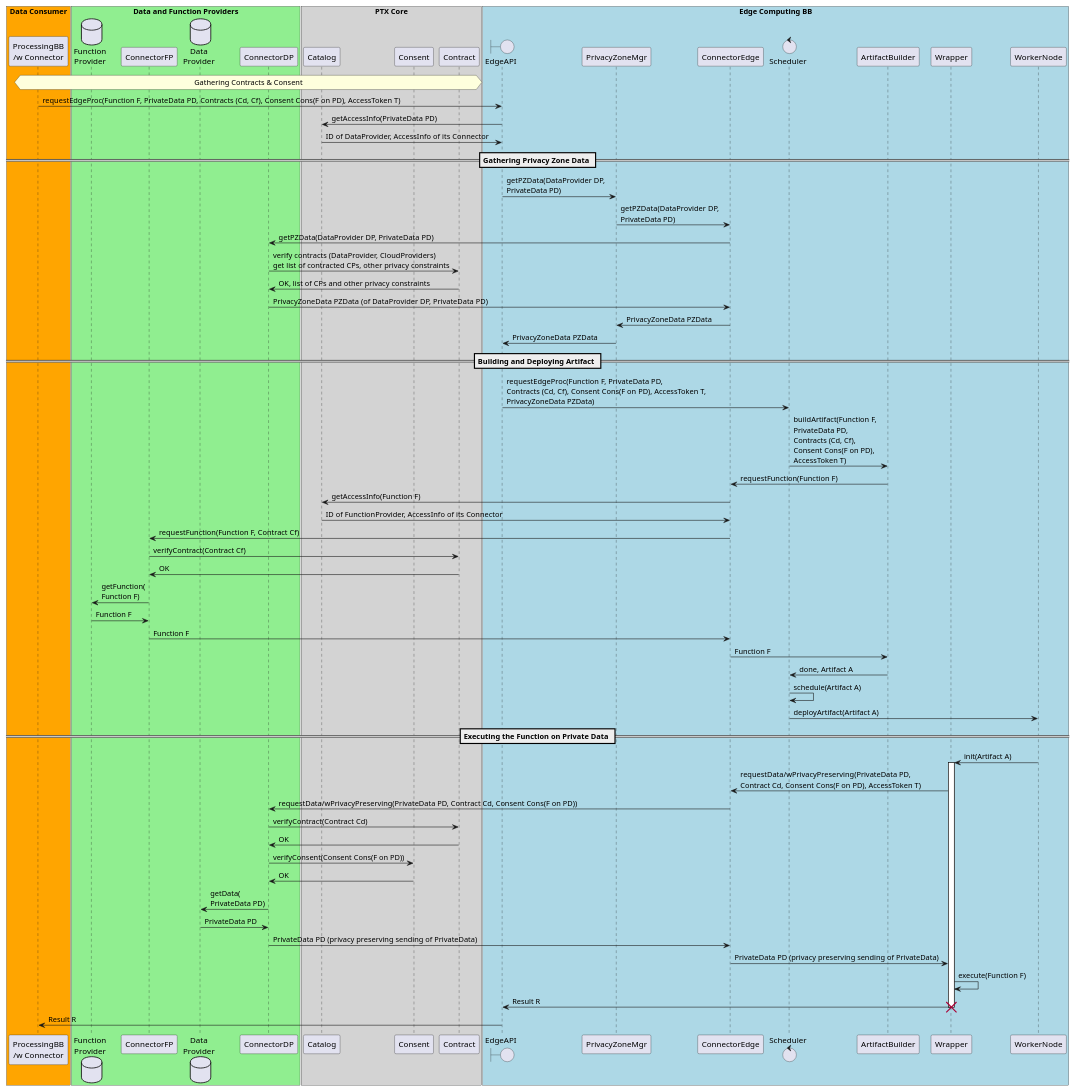
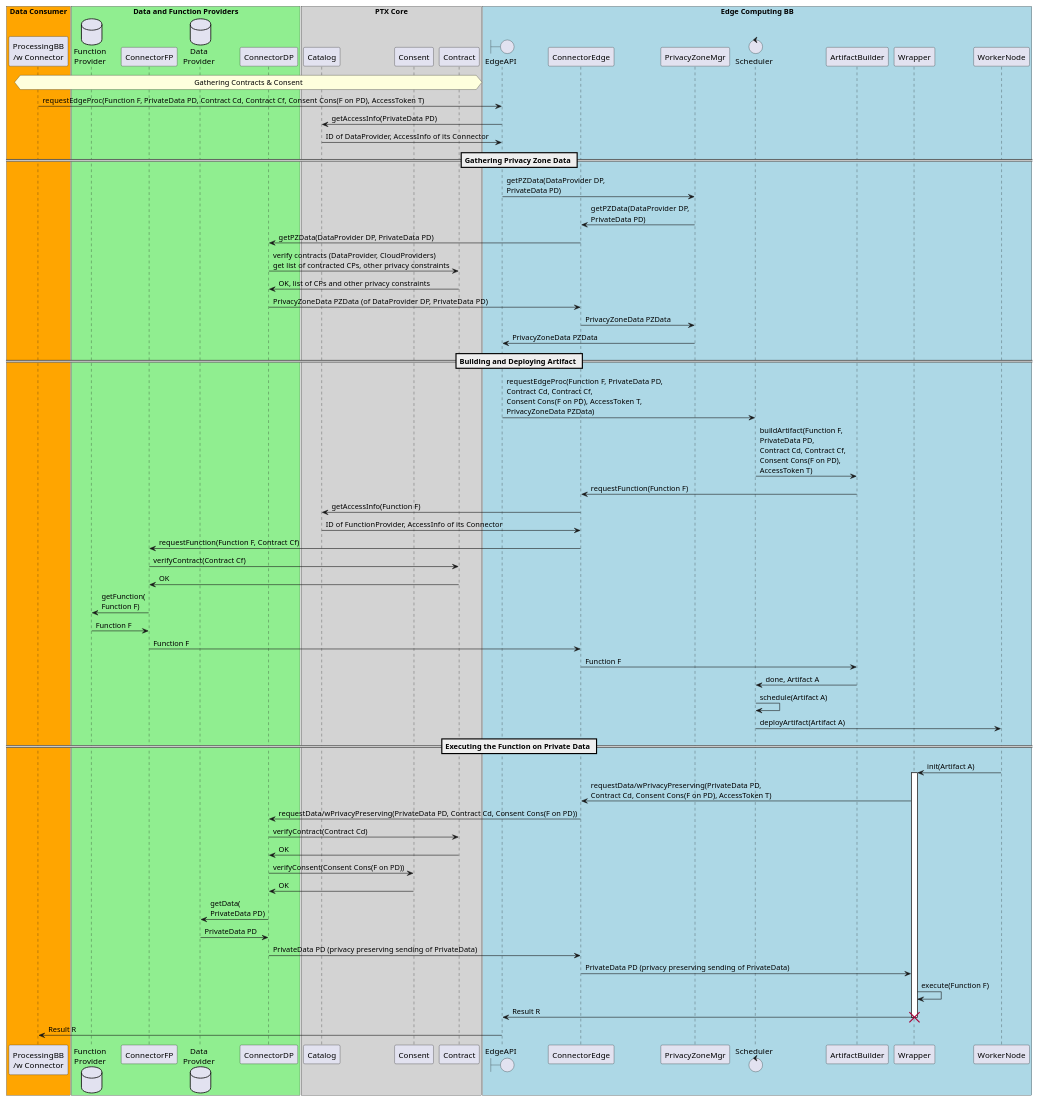
One commit to Prometheus-X-association/edge-computing changed the diagram in docs/diagrams/edge-computing-bb-seq-diag.puml. Above: the diagram before and after it, drawn with PlantUML. The commit also changed 1 other file, not shown here.

Commit message:
update seq diagram

```diff
--- a/docs/diagrams/edge-computing-bb-seq-diag.puml
+++ b/docs/diagrams/edge-computing-bb-seq-diag.puml
@@ -1,82 +1,82 @@
 @startuml
 
 box "Data Consumer" #Orange
     participant "ProcessingBB\n/w Connector" as ProcessingBB order 5
 end box
 box "Data and Function Providers" #LightGreen
     database "Function\nProvider" as FunctionProvider order 10
     participant ConnectorFP order 15
     database "Data\nProvider" as DataProvider order 20
     participant ConnectorDP order 25
 end box
 box "PTX Core" #LightGrey
     participant Catalog order 30
     participant Consent order 40
     participant Contract order 50
 end box
 box "Edge Computing BB" #LightBlue
     boundary EdgeAPI order 60
-    participant PrivacyZoneMgr order 65
-    participant ConnectorEdge order 70
+    participant ConnectorEdge order 65
+    participant PrivacyZoneMgr order 70
     control Scheduler order 80
     participant ArtifactBuilder order 90
     participant Wrapper order 100
     participant WorkerNode order 110
 end box
 
 hnote over ProcessingBB, Contract: Gathering Contracts & Consent
 
-ProcessingBB -> EdgeAPI : requestEdgeProc(Function F, PrivateData PD, Contracts (Cd, Cf), Consent Cons(F on PD), AccessToken T)
+ProcessingBB -> EdgeAPI : requestEdgeProc(Function F, PrivateData PD, Contract Cd, Contract Cf, Consent Cons(F on PD), AccessToken T)
 EdgeAPI -> Catalog : getAccessInfo(PrivateData PD)
 Catalog -> EdgeAPI : ID of DataProvider, AccessInfo of its Connector
 
 == Gathering Privacy Zone Data == 
 EdgeAPI -> PrivacyZoneMgr : getPZData(DataProvider DP, \nPrivateData PD)
 PrivacyZoneMgr -> ConnectorEdge : getPZData(DataProvider DP, \nPrivateData PD)
 ConnectorEdge -> ConnectorDP : getPZData(DataProvider DP, PrivateData PD)
 ConnectorDP -> Contract : verify contracts (DataProvider, CloudProviders)\nget list of contracted CPs, other privacy constraints
 Contract -> ConnectorDP : OK, list of CPs and other privacy constraints
 ConnectorDP -> ConnectorEdge : PrivacyZoneData PZData (of DataProvider DP, PrivateData PD)
 ConnectorEdge -> PrivacyZoneMgr : PrivacyZoneData PZData
 PrivacyZoneMgr -> EdgeAPI : PrivacyZoneData PZData
 
 == Building and Deploying Artifact ==
-EdgeAPI -> Scheduler : requestEdgeProc(Function F, PrivateData PD,\nContracts (Cd, Cf), Consent Cons(F on PD), AccessToken T, \nPrivacyZoneData PZData)
-Scheduler -> ArtifactBuilder : buildArtifact(Function F, \nPrivateData PD, \nContracts (Cd, Cf), \nConsent Cons(F on PD), \nAccessToken T)
+EdgeAPI -> Scheduler : requestEdgeProc(Function F, PrivateData PD,\nContract Cd, Contract Cf,\nConsent Cons(F on PD), AccessToken T, \nPrivacyZoneData PZData)
+Scheduler -> ArtifactBuilder : buildArtifact(Function F, \nPrivateData PD, \nContract Cd, Contract Cf, \nConsent Cons(F on PD), \nAccessToken T)
 ArtifactBuilder -> ConnectorEdge : requestFunction(Function F)
 ConnectorEdge -> Catalog : getAccessInfo(Function F)
 Catalog -> ConnectorEdge : ID of FunctionProvider, AccessInfo of its Connector
 
 ConnectorEdge -> ConnectorFP : requestFunction(Function F, Contract Cf)
 ConnectorFP -> Contract : verifyContract(Contract Cf)
 Contract -> ConnectorFP : OK
 ConnectorFP -> FunctionProvider : getFunction(\nFunction F)
 FunctionProvider -> ConnectorFP : Function F
 ConnectorFP -> ConnectorEdge : Function F
 
 ConnectorEdge -> ArtifactBuilder : Function F
 ArtifactBuilder -> Scheduler : done, Artifact A
 Scheduler -> Scheduler : schedule(Artifact A)
 Scheduler -> WorkerNode : deployArtifact(Artifact A)
 
 == Executing the Function on Private Data ==
 WorkerNode -> Wrapper : init(Artifact A)
 activate Wrapper
 Wrapper -> ConnectorEdge : requestData/wPrivacyPreserving(PrivateData PD,\nContract Cd, Consent Cons(F on PD), AccessToken T)
 ConnectorEdge -> ConnectorDP : requestData/wPrivacyPreserving(PrivateData PD, Contract Cd, Consent Cons(F on PD))
 
 ConnectorDP -> Contract : verifyContract(Contract Cd)
 Contract -> ConnectorDP : OK
 ConnectorDP -> Consent : verifyConsent(Consent Cons(F on PD))
 Consent -> ConnectorDP : OK
 ConnectorDP -> DataProvider : getData(\nPrivateData PD)
 DataProvider -> ConnectorDP : PrivateData PD
 
 ConnectorDP -> ConnectorEdge : PrivateData PD (privacy preserving sending of PrivateData)
 ConnectorEdge -> Wrapper : PrivateData PD (privacy preserving sending of PrivateData)
 Wrapper -> Wrapper : execute(Function F)
 Wrapper -> EdgeAPI : Result R
 destroy Wrapper
 EdgeAPI -> ProcessingBB : Result R
 
 @enduml
```
